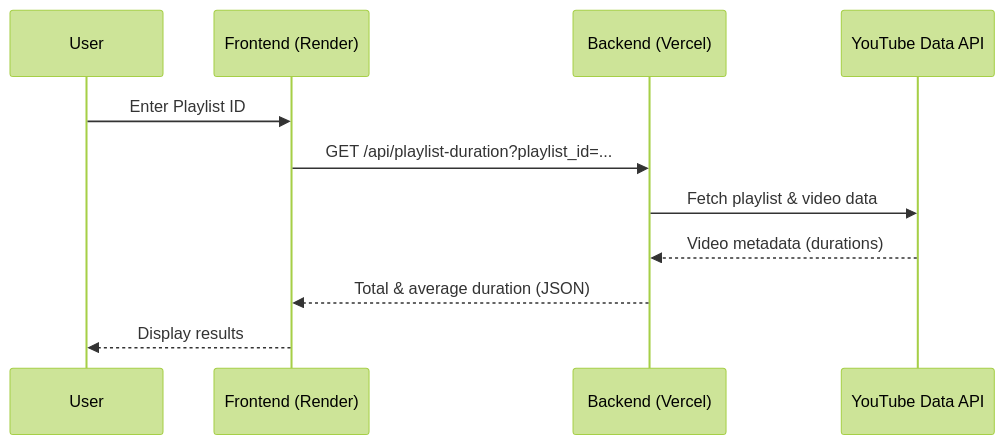
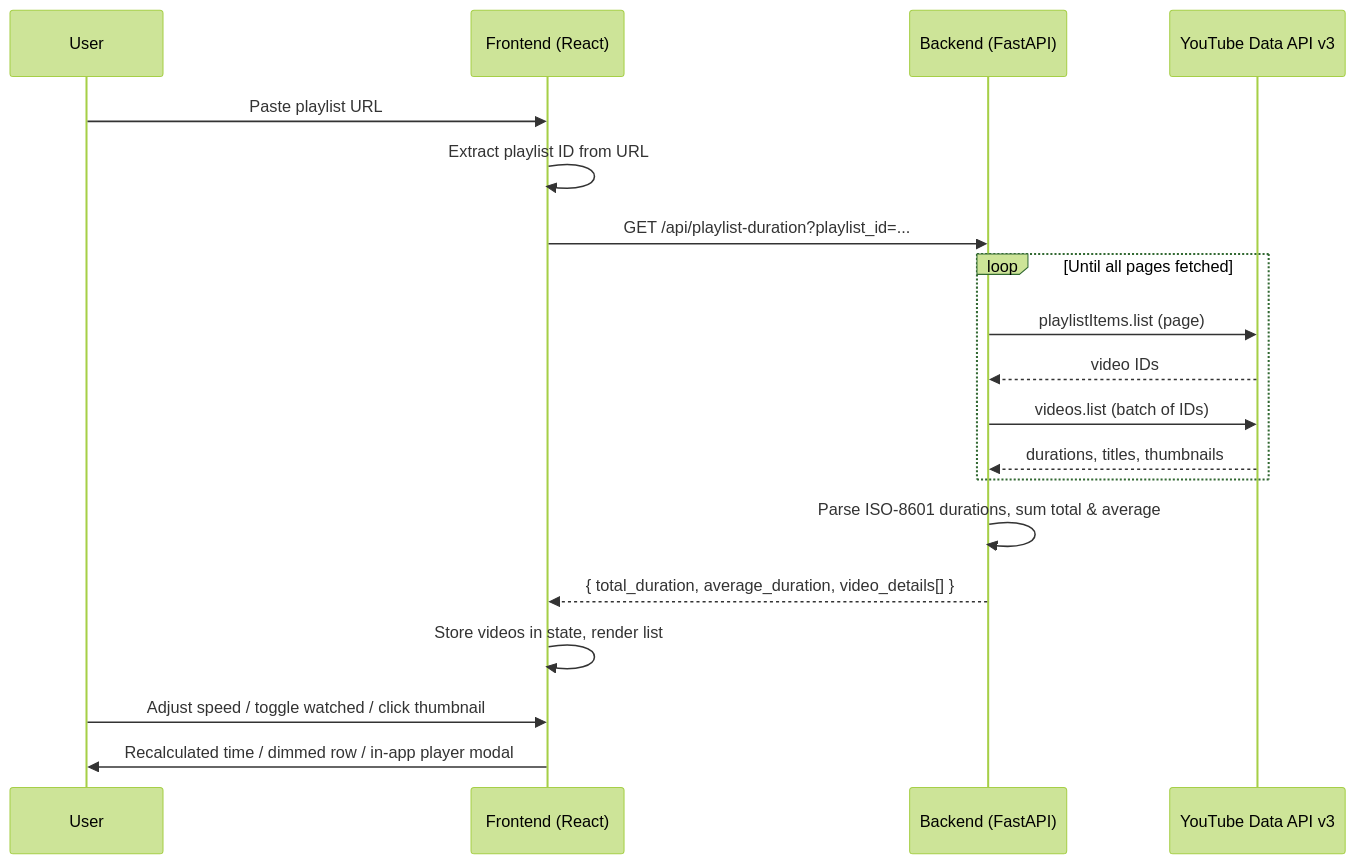
Before and after one commit to vijayvardhan-killi/Youtube-Playlist-Duration-Checker: the second of 2 diagrams in README.md, drawn with Mermaid (forest theme). The commit also changed other lines of this file, not shown here.

````diff
--- a/README.md
+++ b/README.md
@@ -104,14 +43,22 @@
 ```mermaid
 sequenceDiagram
     participant U as User
-    participant F as Frontend (Render)
-    participant B as Backend (Vercel)
-    participant Y as YouTube Data API
+    participant F as Frontend (React)
+    participant B as Backend (FastAPI)
+    participant Y as YouTube Data API v3
 
-    U->>F: Enter Playlist ID
+    U->>F: Paste playlist URL
+    F->>F: Extract playlist ID from URL
     F->>B: GET /api/playlist-duration?playlist_id=...
-    B->>Y: Fetch playlist & video data
-    Y-->>B: Video metadata (durations)
-    B-->>F: Total & average duration (JSON)
-    F-->>U: Display results
+    loop Until all pages fetched
+        B->>Y: playlistItems.list (page)
+        Y-->>B: video IDs
+        B->>Y: videos.list (batch of IDs)
+        Y-->>B: durations, titles, thumbnails
+    end
+    B->>B: Parse ISO-8601 durations, sum total & average
+    B-->>F: { total_duration, average_duration, video_details[] }
+    F->>F: Store videos in state, render list
+    U->>F: Adjust speed / toggle watched / click thumbnail
+    F->>U: Recalculated time / dimmed row / in-app player modal
 ```
````
